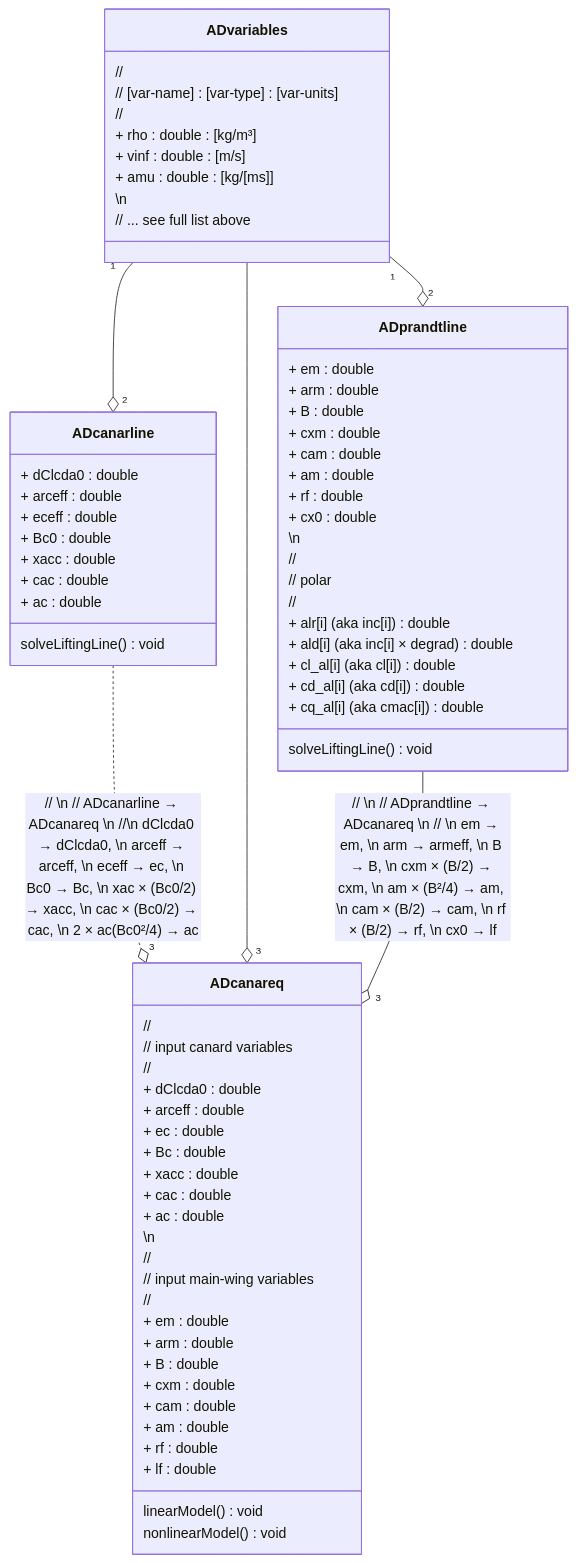
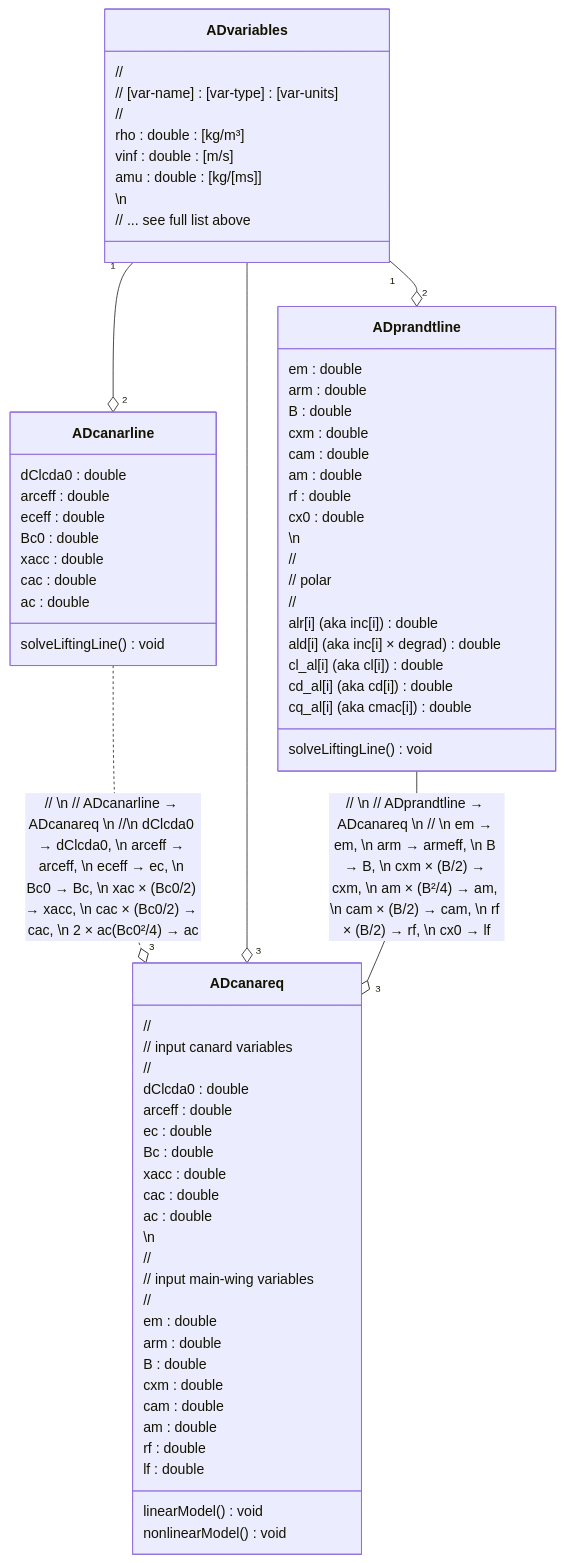
The second of 2 diagrams in src/readme.md (Transonic-Integrated-AeroDesign/AeroDes), drawn with Mermaid before and after one commit. The commit also changed other lines of this file, not shown here.

Commit message:
documentation

````diff
--- a/src/readme.md
+++ b/src/readme.md
@@ -44,80 +44,80 @@
 ```mermaid
 classDiagram
   direction TB
   
   class ADvariables {
     // 
     // [var-name] : [var-type] : [var-units]
     //
-    + rho : double : [kg/m&sup3]
-    + vinf : double : [m/s]
-    + amu : double : [kg/[ms]]
+    rho : double : [kg/m&sup3]
+    vinf : double : [m/s]
+    amu : double : [kg/[ms]]
     \n
     // ... see full list above
   }
   class ADcanarline{
-    + dClcda0 : double
-    + arceff : double
-    + eceff : double
-    + Bc0 : double
-    + xacc : double
-    + cac : double
-    + ac : double
+    dClcda0 : double
+    arceff : double
+    eceff : double
+    Bc0 : double
+    xacc : double
+    cac : double
+    ac : double
     
     solveLiftingLine() void
   }
   class ADprandtline{
-    + em : double
-    + arm : double
-    + B : double
-    + cxm : double
-    + cam : double
-    + am : double
-    + rf : double
-    + cx0 : double
+    em : double
+    arm : double
+    B : double
+    cxm : double
+    cam : double
+    am : double
+    rf : double
+    cx0 : double
     \n
     //
     // polar
     //
-    + alr[i] &#40aka inc[i]&#41 : double
-    + ald[i] &#40aka inc[i] &times degrad&#41 : double
-    + cl_al[i] &#40aka cl[i]&#41 : double
-    + cd_al[i] &#40aka cd[i]&#41 : double
-    + cq_al[i] &#40aka cmac[i]&#41 : double
+    alr[i] &#40aka inc[i]&#41 : double
+    ald[i] &#40aka inc[i] &times degrad&#41 : double
+    cl_al[i] &#40aka cl[i]&#41 : double
+    cd_al[i] &#40aka cd[i]&#41 : double
+    cq_al[i] &#40aka cmac[i]&#41 : double
     
     solveLiftingLine() void
   }
   class ADcanareq{
     //
     // input canard variables
     //
-    + dClcda0 : double
-    + arceff : double
-    + ec : double
-    + Bc : double
-    + xacc : double
-    + cac : double
-    + ac : double
+    dClcda0 : double
+    arceff : double
+    ec : double
+    Bc : double
+    xacc : double
+    cac : double
+    ac : double
     \n
     //
     // input main-wing variables
     //
-    + em : double
-    + arm : double
-    + B : double
-    + cxm : double
-    + cam : double
-    + am : double
-    + rf : double
-    + lf : double
+    em : double
+    arm : double
+    B : double
+    cxm : double
+    cam : double
+    am : double
+    rf : double
+    lf : double
     
     linearModel() void
     nonlinearModel() void
   }
   
   ADvariables "1" --o "2" ADprandtline
   ADvariables "1" --o "2" ADcanarline
   ADcanarline ..o "3" ADcanareq : // \n // ADcanarline &#8594 ADcanareq \n //\n dClcda0 &#8594 dClcda0, \n arceff &#8594 arceff, \n eceff &#8594 ec, \n Bc0 &#8594 Bc, \n xac &times (Bc0/2) &#8594 xacc, \n cac &times (Bc0/2) &#8594 cac, \n 2 &times ac(Bc0&sup2/4) &#8594 ac
   ADvariables --o "3" ADcanareq
   ADprandtline --o "3" ADcanareq : // \n // ADprandtline &#8594 ADcanareq \n // \n em &#8594 em, \n arm &#8594 armeff, \n B &#8594 B, \n cxm &times (B/2) &#8594 cxm, \n am &times (B&sup2/4) &#8594 am, \n cam &times (B/2) &#8594 cam, \n rf &times (B/2) &#8594 rf, \n cx0 &#8594 lf
 ```
````
